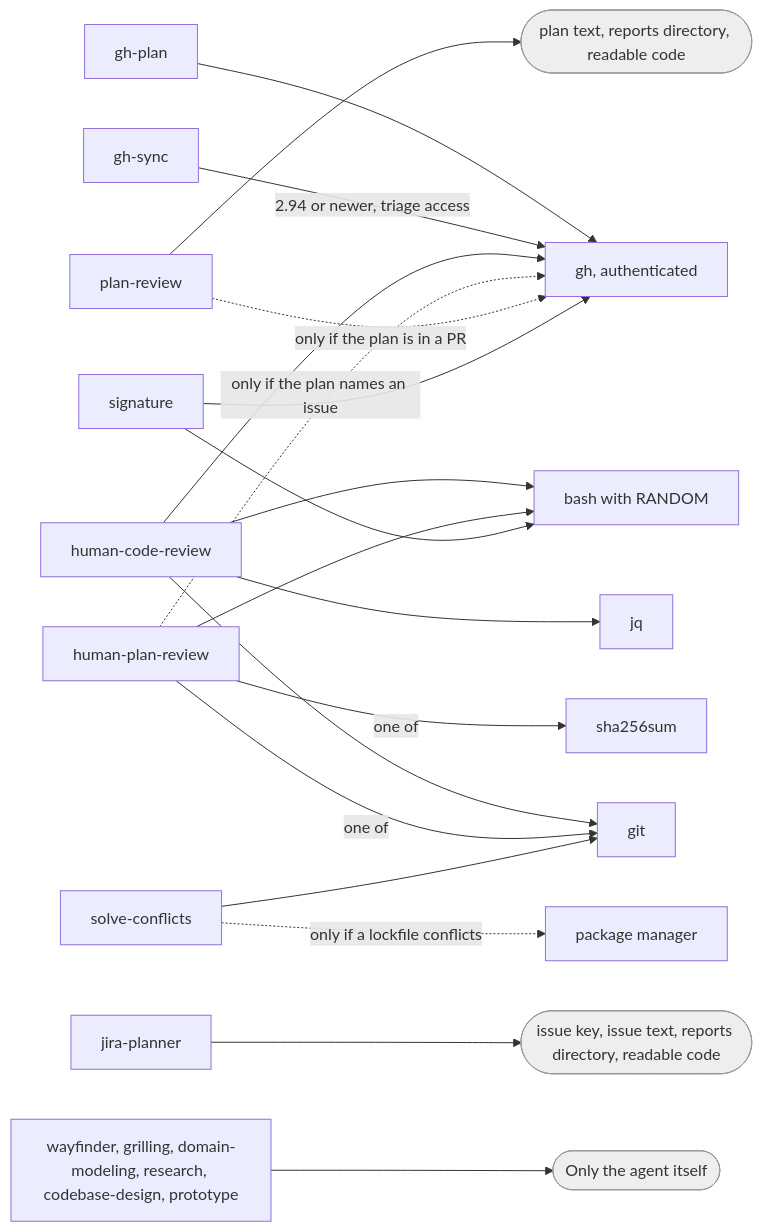
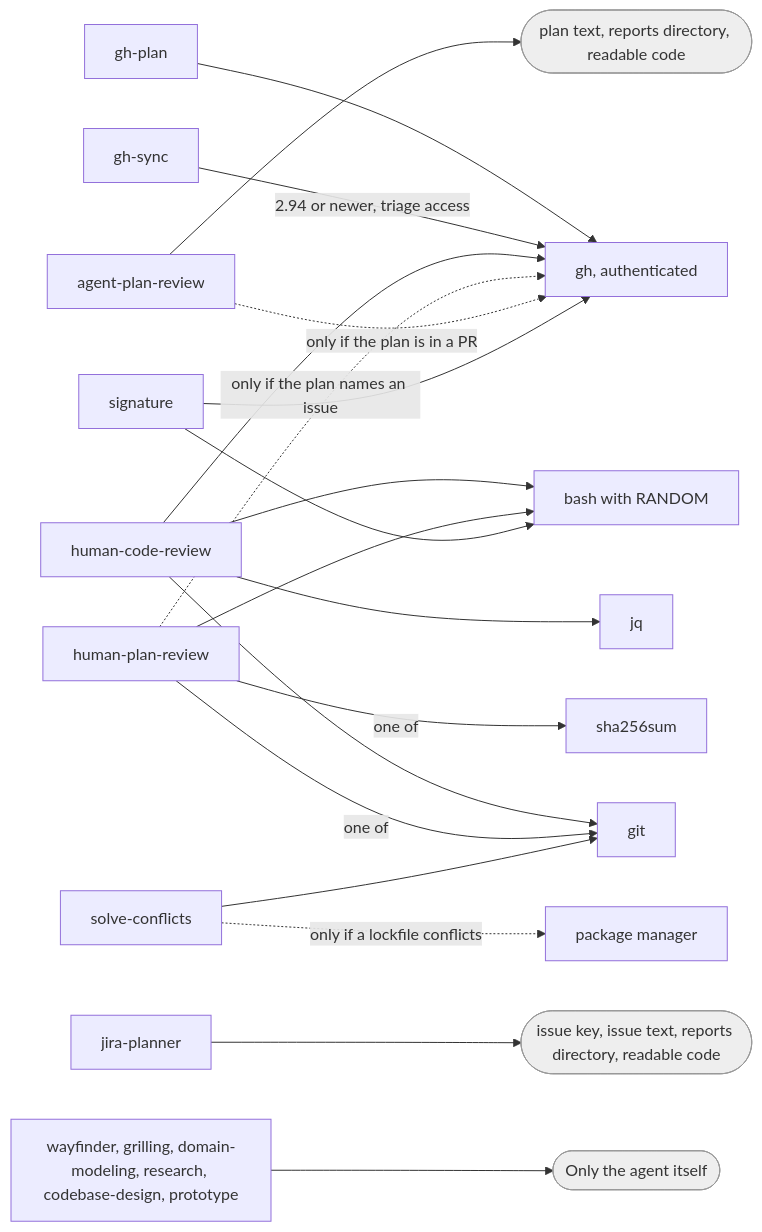
The seventh of 7 diagrams in docs/skill-diagrams.md (GauteR/gauter-skills), drawn with Mermaid before and after one commit. The commit also changed other lines of this file and 16 other files, not shown here.

First line of the commit message:
Add WoW Forever addon skills and rename plan-review to agent-plan-review (#1)

````diff
--- a/docs/skill-diagrams.md
+++ b/docs/skill-diagrams.md
@@ -241,34 +241,34 @@
 ```mermaid
 flowchart LR
   gh["gh, authenticated"]
   git["git"]
   jq["jq"]
   bash["bash with RANDOM"]
   sha["sha256sum"]
   pm["package manager"]
   jpin(["issue key, issue text, reports directory, readable code"])
   prin(["plan text, reports directory, readable code"])
   none(["Only the agent itself"])
 
   ghplan["gh-plan"] --> gh
   ghsync["gh-sync"] -->|"2.94 or newer, triage access"| gh
   hcr["human-code-review"] --> git
   hcr --> gh
   hcr --> jq
   hcr --> bash
   hpr["human-plan-review"] --> bash
   hpr -->|"one of"| git
   hpr -->|"one of"| sha
   hpr -.->|"only if the plan names an issue"| gh
-  pr["plan-review"] --> prin
+  pr["agent-plan-review"] --> prin
   pr -.->|"only if the plan is in a PR"| gh
   sig["signature"] --> bash
   sig --> gh
   sc["solve-conflicts"] --> git
   sc -.->|"only if a lockfile conflicts"| pm
   jp["jira-planner"] --> jpin
   blocks["wayfinder, grilling, domain-modeling, research, codebase-design, prototype"] --> none
 
   classDef notool fill:#eeeeee,stroke:#999999,color:#333333
   class jpin,prin,none notool
 ```
````
